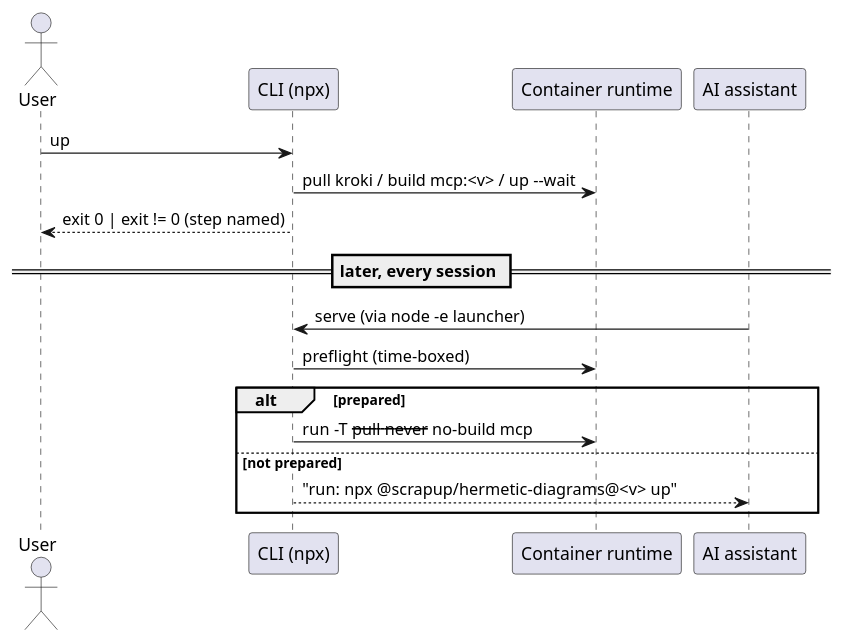
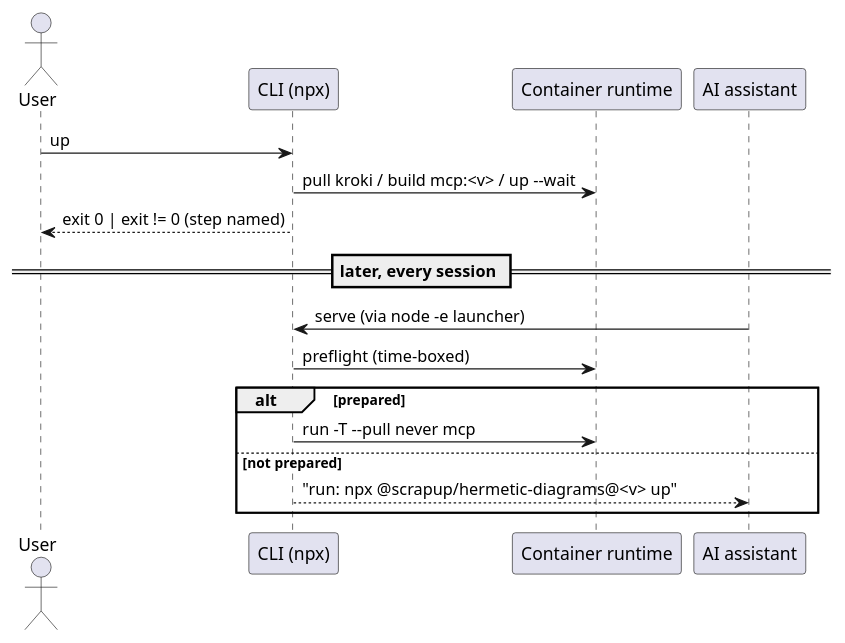
One commit to scrapup/hermetic-diagrams changed the diagram in docs/specs/cross-platform-entrypoint/tasks.md. Above: the diagram before and after it, drawn with PlantUML. The commit also changed other lines of this file and 3 other files, not shown here.

````diff
--- a/docs/specs/cross-platform-entrypoint/tasks.md
+++ b/docs/specs/cross-platform-entrypoint/tasks.md
@@ -150,19 +150,19 @@
 ```plantuml
 @startuml
 actor User
 participant "CLI (npx)" as CLI
 participant "Container runtime" as D
 User -> CLI : up
 CLI -> D : pull kroki / build mcp:<v> / up --wait
 CLI --> User : exit 0 | exit != 0 (step named)
 == later, every session ==
 participant "AI assistant" as AI
 AI -> CLI : serve (via node -e launcher)
 CLI -> D : preflight (time-boxed)
 alt prepared
-  CLI -> D : run -T --pull never --no-build mcp
+  CLI -> D : run -T --pull never mcp
 else not prepared
   CLI --> AI : "run: npx @scrapup/hermetic-diagrams@<v> up"
 end
 @enduml
 ```
````
